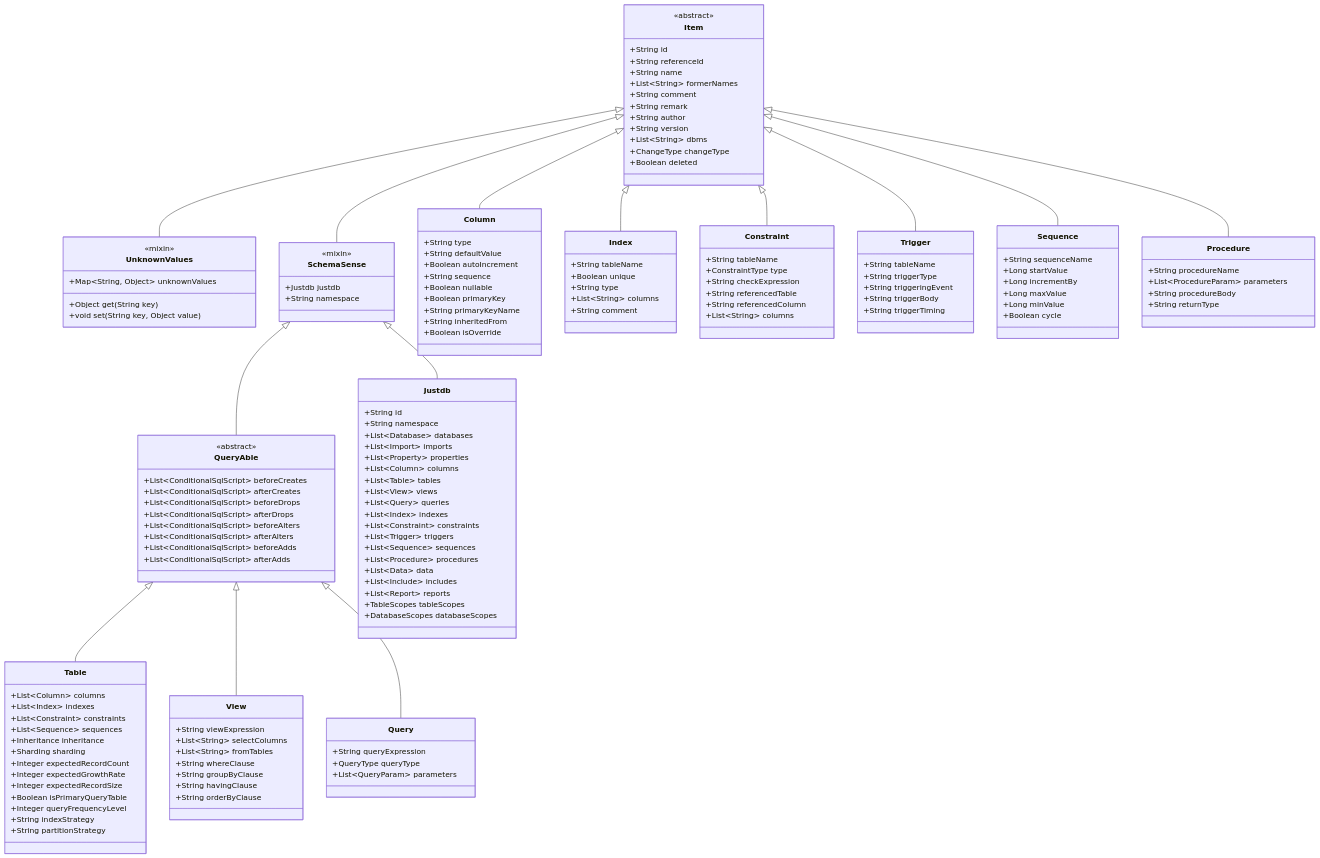
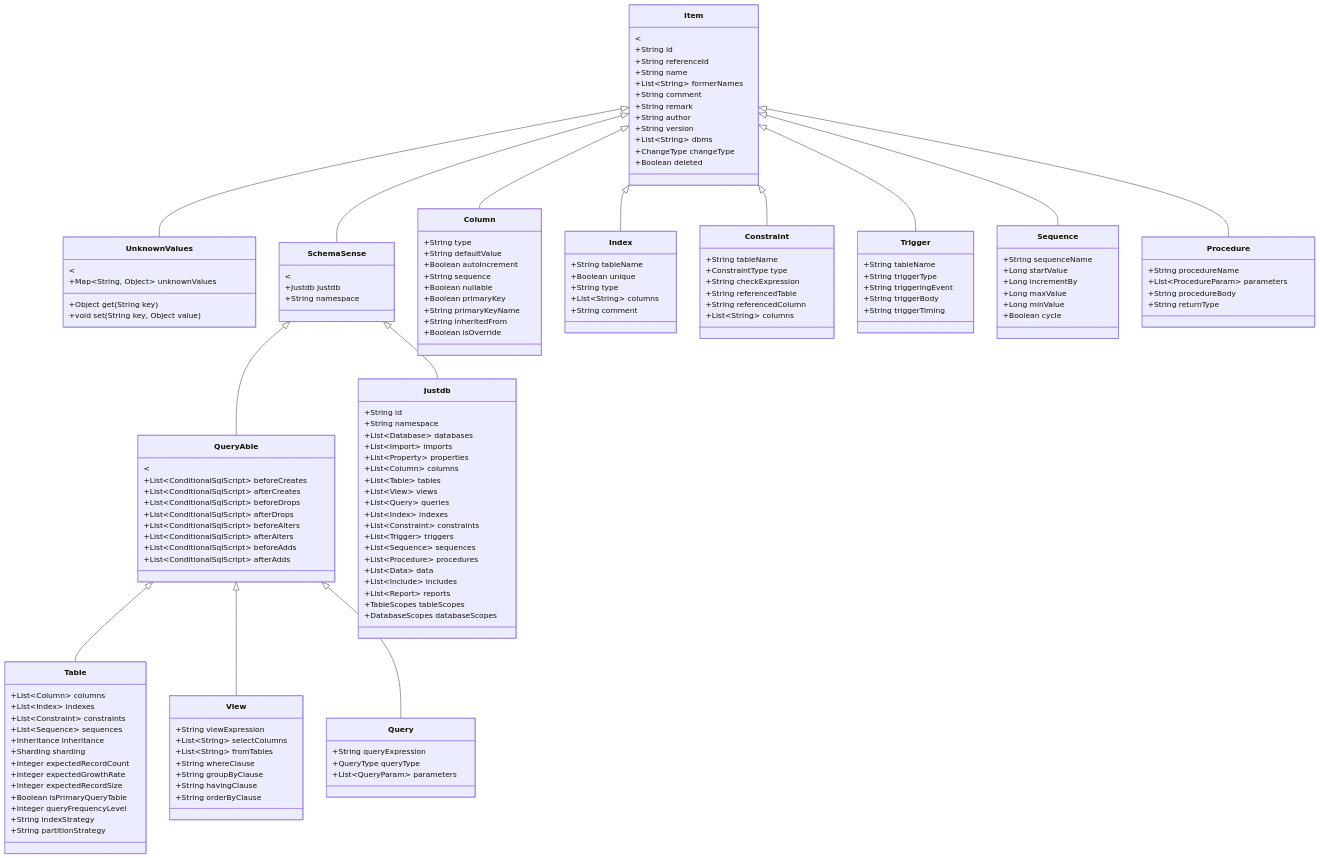
One commit to windli2018/justdb-docs-internal changed the diagram in docs/design/schema-system/type-hierarchy.md. Above: the diagram before and after it, drawn with Mermaid. The commit also changed other lines of this file and 162 other files, not shown here.

````diff
--- a/docs/design/schema-system/type-hierarchy.md
+++ b/docs/design/schema-system/type-hierarchy.md
@@ -20,7 +20,7 @@
 ```mermaid
 classDiagram
     class Item {
-        <<abstract>>
+        &lt;<abstract&gt;>
         +String id
         +String referenceId
         +String name
@@ -35,20 +35,20 @@
     }
 
     class UnknownValues {
-        <<mixin>>
+        &lt;<mixin&gt;>
         +Map~String, Object~ unknownValues
         +Object get(String key)
         +void set(String key, Object value)
     }
 
     class SchemaSense {
-        <<mixin>>
+        &lt;<mixin&gt;>
         +Justdb justdb
         +String namespace
     }
 
     class QueryAble {
-        <<abstract>>
+        &lt;<abstract&gt;>
         +List~ConditionalSqlScript~ beforeCreates
         +List~ConditionalSqlScript~ afterCreates
         +List~ConditionalSqlScript~ beforeDrops
````
